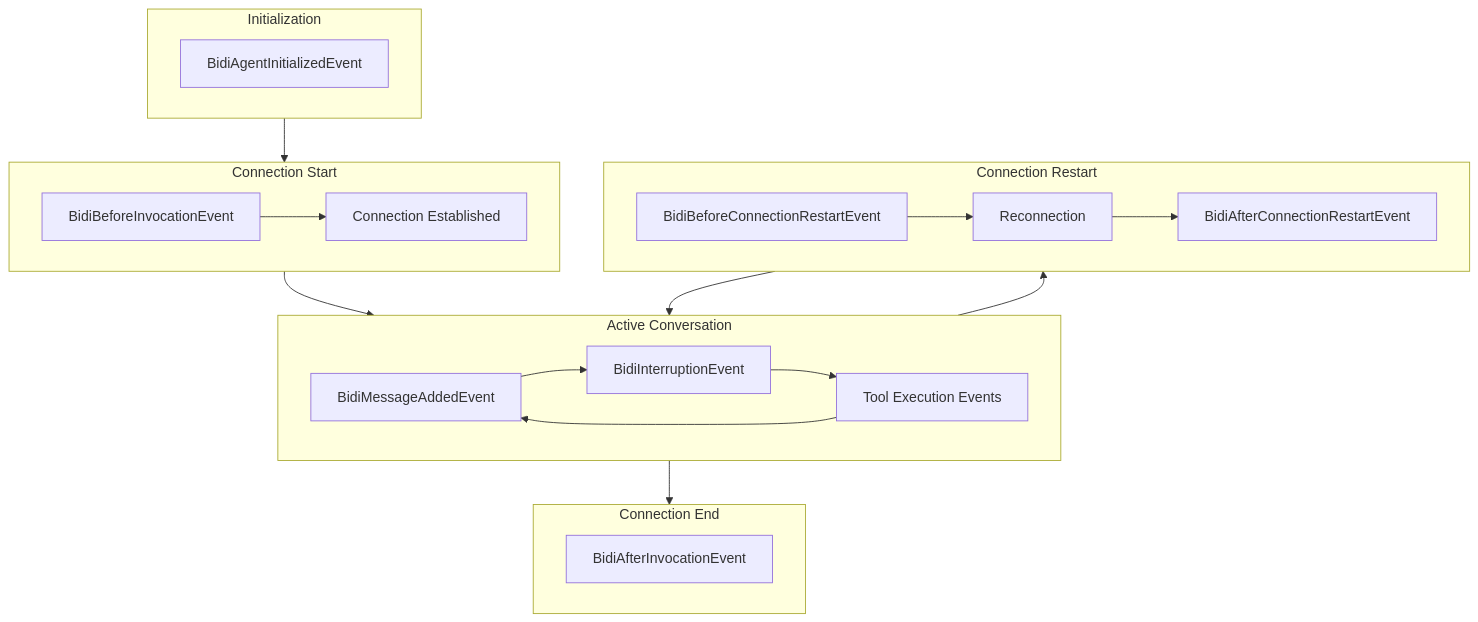
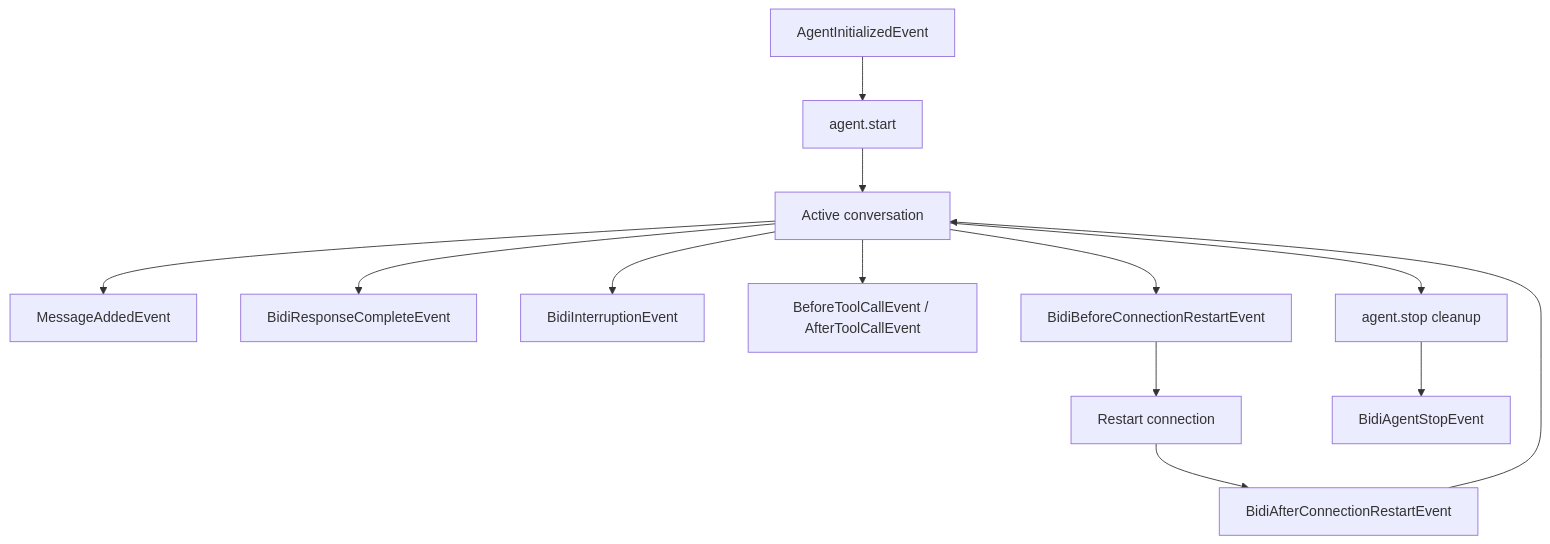
One commit to seniorgreencode/harness-sdk changed the diagram in site/src/content/docs/user-guide/concepts/bidirectional-streaming/hooks.mdx. Above: the diagram before and after it, drawn with Mermaid. The commit also changed other lines of this file and 22 other files, not shown here.

Commit message:
feat(bidi): share lifecycle hooks and add response completion hooks (#4280)

````diff
--- a/site/src/content/docs/user-guide/concepts/bidirectional-streaming/hooks.mdx
+++ b/site/src/content/docs/user-guide/concepts/bidirectional-streaming/hooks.mdx
@@ -130,39 +140,15 @@
 ```mermaid
 flowchart TB
-    subgraph Init["Initialization"]
-        A[BidiAgentInitializedEvent]
-    end
-    
-    subgraph Start["Connection Start"]
-        B[BidiBeforeInvocationEvent]
-        C[Connection Established]
-        B --> C
-    end
-    
-    subgraph Running["Active Conversation"]
-        D[BidiMessageAddedEvent]
-        E[BidiInterruptionEvent]
-        F[Tool Execution Events]
-        D --> E
-        E --> F
-        F --> D
-    end
-    
-    subgraph Restart["Connection Restart"]
-        G[BidiBeforeConnectionRestartEvent]
-        H[Reconnection]
-        I[BidiAfterConnectionRestartEvent]
-        G --> H
-        H --> I
-    end
-    
-    subgraph End["Connection End"]
-        J[BidiAfterInvocationEvent]
-    end
-    
-    Init --> Start
-    Start --> Running
-    Running --> Restart
-    Restart --> Running
-    Running --> End
+    Init[AgentInitializedEvent] --> Start[agent.start]
+    Start --> Running[Active conversation]
+    Running --> Message[MessageAddedEvent]
+    Running --> Response[BidiResponseCompleteEvent]
+    Running --> Interruption[BidiInterruptionEvent]
+    Running --> Tools[BeforeToolCallEvent / AfterToolCallEvent]
+    Running --> BeforeRestart[BidiBeforeConnectionRestartEvent]
+    BeforeRestart --> Restart[Restart connection]
+    Restart --> AfterRestart[BidiAfterConnectionRestartEvent]
+    AfterRestart --> Running
+    Running --> Stop[agent.stop cleanup]
+    Stop --> Stopped[BidiAgentStopEvent]
 ```
````
